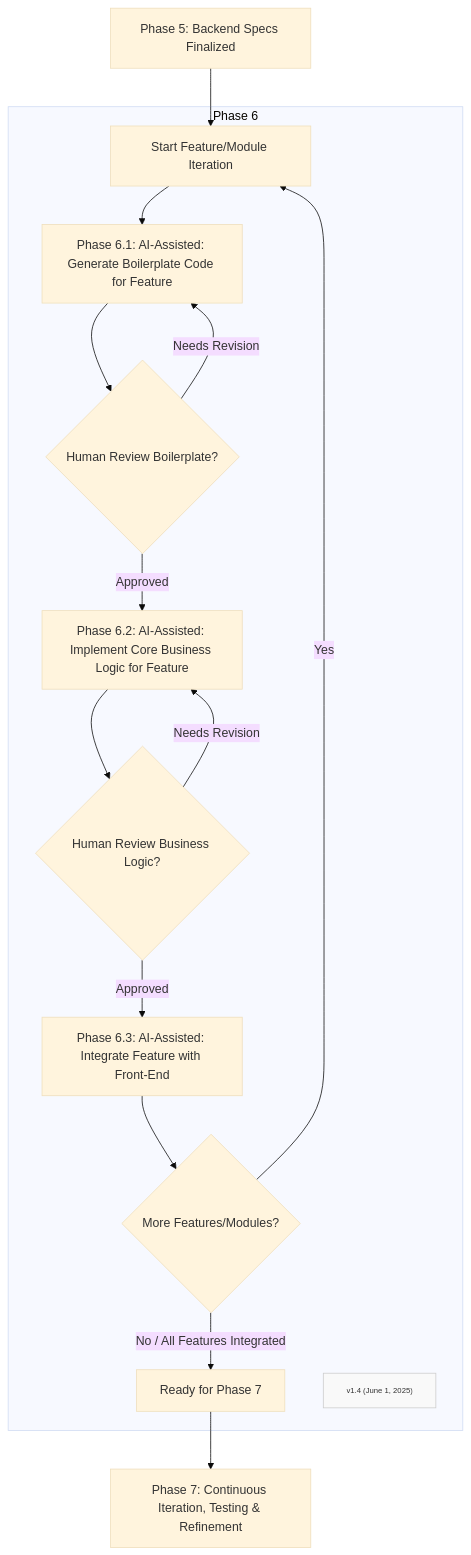
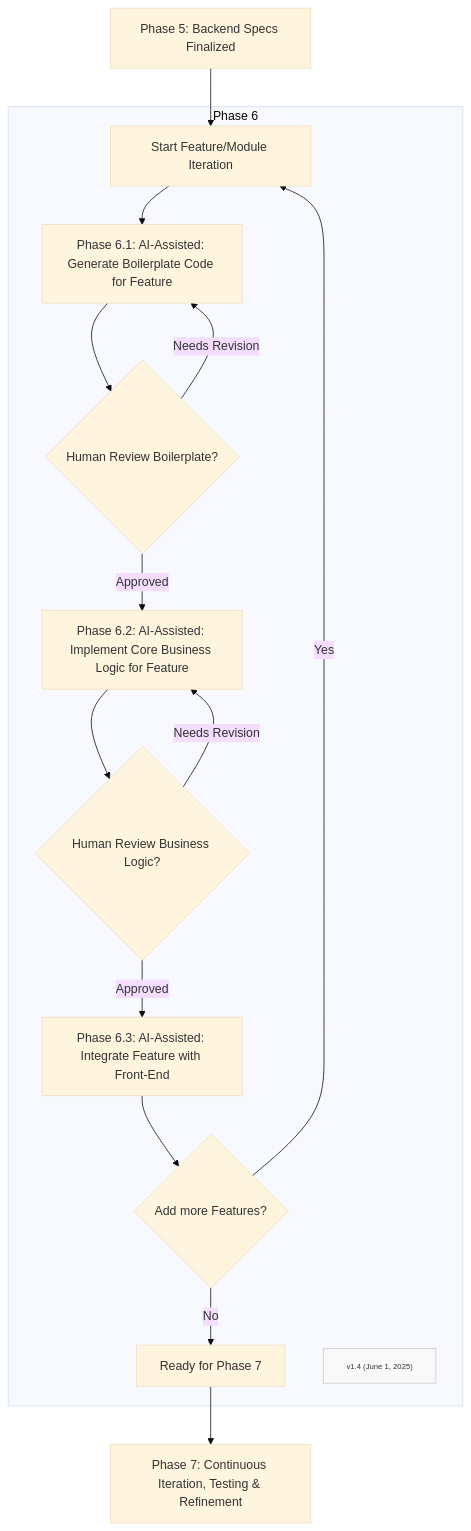
The diagram in Phases/FF-phase6.md (Mharbulous/Front-First-Method), drawn with Mermaid (base theme) before and after one commit.

````diff
--- a/Phases/FF-phase6.md
+++ b/Phases/FF-phase6.md
@@ -2,22 +2,22 @@
 ```mermaid
 graph TD
     D_Spec["Phase 5: Backend Specs Finalized"] --> D_Loop_Start["Start Feature/Module Iteration"]
     
     subgraph Phase6 ["Phase 6"]
         D_Loop_Start --> Phase6_1["Phase 6.1: AI-Assisted: Generate Boilerplate Code for Feature"]
         Phase6_1 --> Phase6_1_Val{"Human Review Boilerplate?"}
         Phase6_1_Val -->|Needs Revision| Phase6_1
         Phase6_1_Val -->|Approved| Phase6_2["Phase 6.2: AI-Assisted: Implement Core Business Logic for Feature"]
         Phase6_2 --> Phase6_2_Val{"Human Review Business Logic?"}
         Phase6_2_Val -->|Needs Revision| Phase6_2
         Phase6_2_Val -->|Approved| Phase6_3["Phase 6.3: AI-Assisted: Integrate Feature with Front-End"]
-        Phase6_3 --> D_Loop_Check{"More Features/Modules?"}
+        Phase6_3 --> D_Loop_Check{"Add more Features?"}
         D_Loop_Check -->|Yes| D_Loop_Start
-        D_Loop_Check -->|No / All Features Integrated| ReadyForPhase7["Ready for Phase 7"]
+        D_Loop_Check -->|No| ReadyForPhase7["Ready for Phase 7"]
         Version["v1.4 (June 1, 2025)"]
         classDef version fill:#f9f9f9,stroke:#ccc,font-size:10px
         class Version version
     end
 
 ReadyForPhase7 --> Phase7["Phase 7: Continuous Iteration, Testing & Refinement"]
 ```
````
